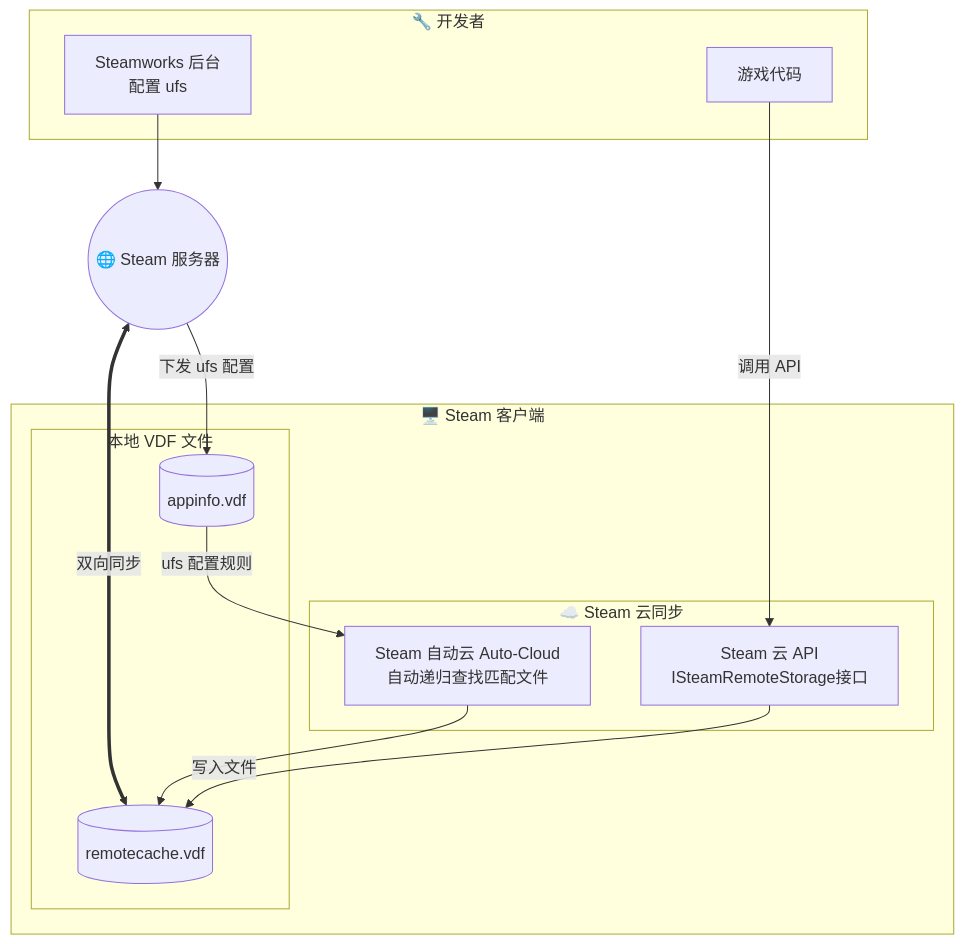
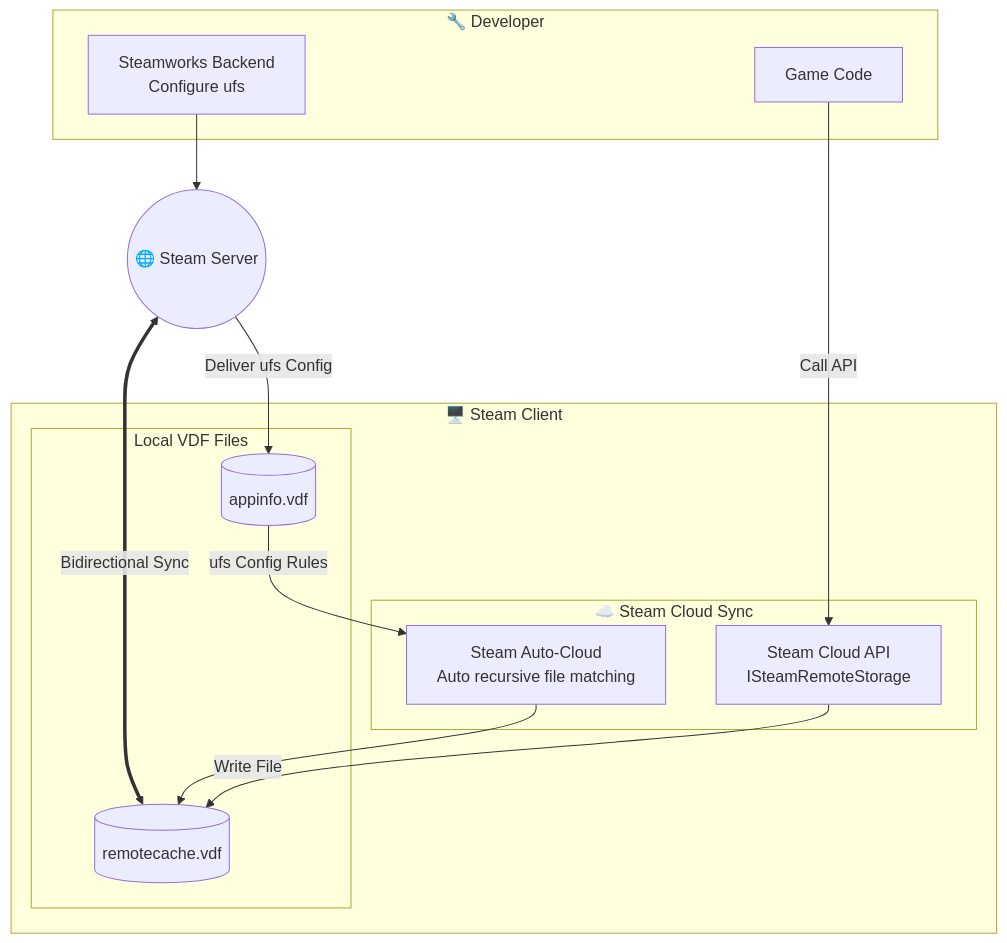
Before and after one commit to Fldicoahkiin/SteamCloudFileManager: the first of 4 diagrams in README.md, drawn with Mermaid. The commit also changed other lines of this file and 2 other files, not shown here.

````diff
--- a/README.md
+++ b/README.md
@@ -260,34 +258,34 @@
 ```mermaid
 graph TB
-    subgraph dev["🔧 开发者"]
-        Steamworks["Steamworks 后台<br/>配置 ufs"]
-        GameCode["游戏代码"]
+    subgraph dev["🔧 Developer"]
+        Steamworks["Steamworks Backend<br/>Configure ufs"]
+        GameCode["Game Code"]
     end
     
-    Cloud(("🌐 Steam 服务器"))
+    Cloud(("🌐 Steam Server"))
     
-    subgraph client["🖥️ Steam 客户端"]
-        subgraph vdf["本地 VDF 文件"]
+    subgraph client["🖥️ Steam Client"]
+        subgraph vdf["Local VDF Files"]
             AppInfo[(appinfo.vdf)]
             RemoteCache[(remotecache.vdf)]
         end
         
-        subgraph sync["☁️ Steam 云同步"]
-            Auto["Steam 自动云 Auto-Cloud<br/>自动递归查找匹配文件"]
-            API["Steam 云 API<br/>ISteamRemoteStorage接口"]
+        subgraph sync["☁️ Steam Cloud Sync"]
+            Auto["Steam Auto-Cloud<br/>Auto recursive file matching"]
+            API["Steam Cloud API<br/>ISteamRemoteStorage"]
         end
     end
     
-    %% Steamworks 配置下发流程
+    %% Steamworks config delivery
     Steamworks --> Cloud
-    Cloud -->|下发 ufs 配置| AppInfo
-    AppInfo -->|ufs 配置规则| Auto
+    Cloud -->|Deliver ufs Config| AppInfo
+    AppInfo -->|ufs Config Rules| Auto
     Auto --> RemoteCache
     
-    %% 游戏代码调用 API
-    GameCode -->|调用 API| API
-    API -->|写入文件| RemoteCache
+    %% Game code calls API
+    GameCode -->|Call API| API
+    API -->|Write File| RemoteCache
     
-    %% 双向同步
-    RemoteCache <===>|双向同步| Cloud
+    %% Bidirectional sync
+    RemoteCache <===>|Bidirectional Sync| Cloud
 ```
````
